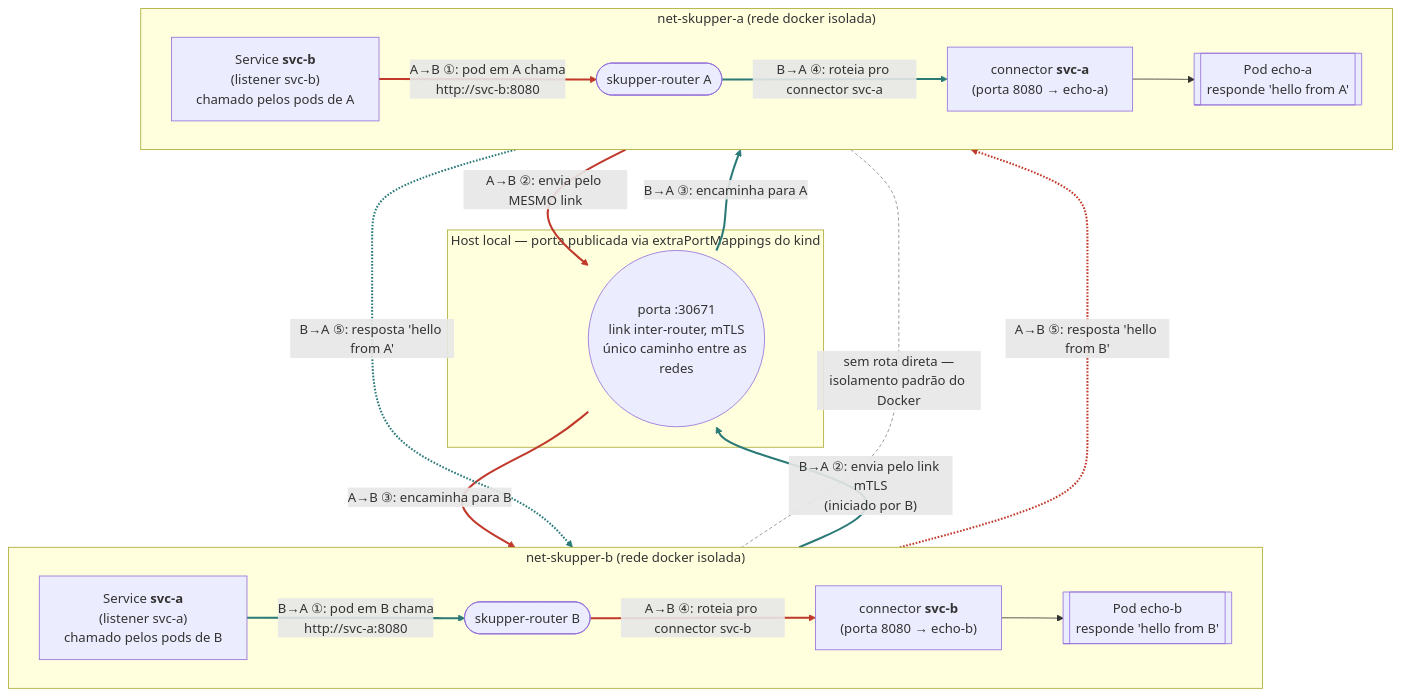
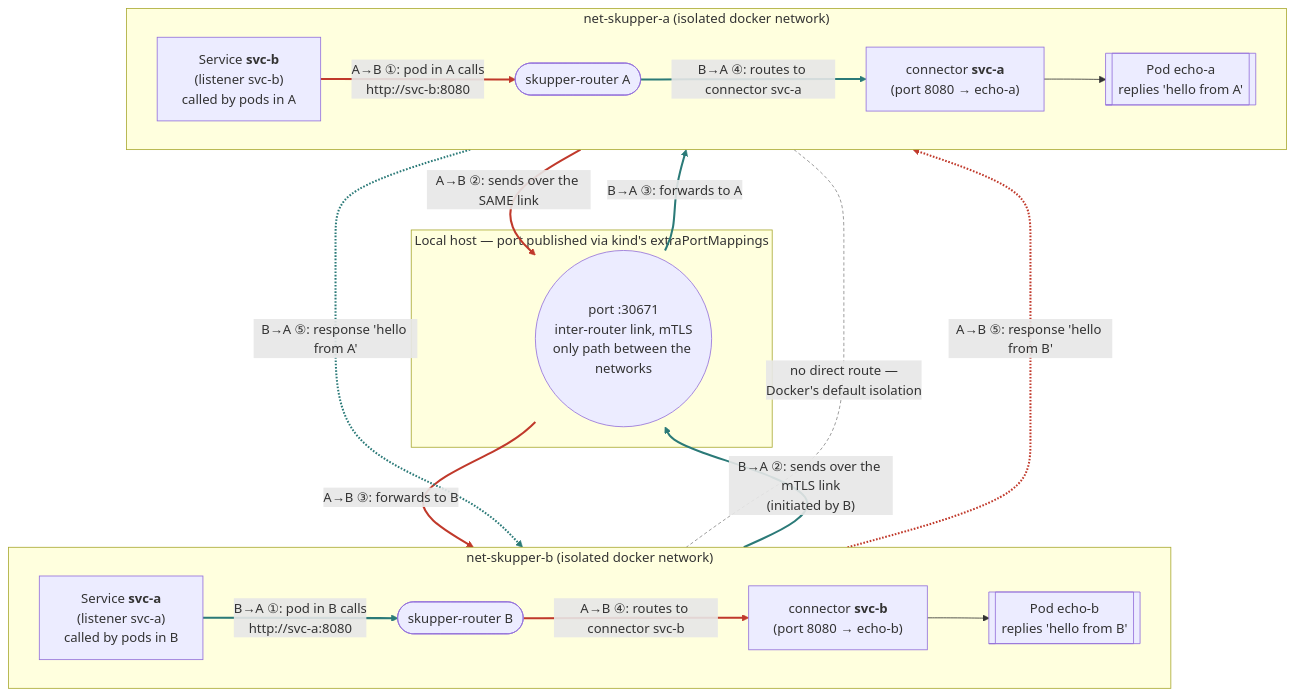
Before and after one commit to ericogr/poc-skupper: the diagram in README.md, drawn with Mermaid. The commit also changed other lines of this file and 3 other files, not shown here.

First line of the commit message:
docs: adiciona versoes em ingles de README e ARCHITECTURE, PT-BR vira traducao

````diff
--- a/README.md
+++ b/README.md
@@ -30,42 +34,42 @@
 ```mermaid
 flowchart TB
-    subgraph NETB["net-skupper-b (rede docker isolada)"]
+    subgraph NETB["net-skupper-b (isolated docker network)"]
         direction LR
-        listA["Service <b>svc-a</b><br/>(listener svc-a)<br/>chamado pelos pods de B"]
+        listA["Service <b>svc-a</b><br/>(listener svc-a)<br/>called by pods in B"]
         routerB(["skupper-router B"])
-        connB["connector <b>svc-b</b><br/>(porta 8080 → echo-b)"]
-        echoB[["Pod echo-b<br/>responde 'hello from B'"]]
+        connB["connector <b>svc-b</b><br/>(port 8080 → echo-b)"]
+        echoB[["Pod echo-b<br/>replies 'hello from B'"]]
         connB --> echoB
     end
 
-    subgraph HOST["Host local — porta publicada via extraPortMappings do kind"]
-        PORT1(("porta :30671<br/>link inter-router, mTLS<br/>único caminho entre as redes"))
+    subgraph HOST["Local host — port published via kind's extraPortMappings"]
+        PORT1(("port :30671<br/>inter-router link, mTLS<br/>only path between the networks"))
     end
 
-    subgraph NETA["net-skupper-a (rede docker isolada)"]
+    subgraph NETA["net-skupper-a (isolated docker network)"]
         direction LR
-        listB["Service <b>svc-b</b><br/>(listener svc-b)<br/>chamado pelos pods de A"]
+        listB["Service <b>svc-b</b><br/>(listener svc-b)<br/>called by pods in A"]
         routerA(["skupper-router A"])
-        connA["connector <b>svc-a</b><br/>(porta 8080 → echo-a)"]
-        echoA[["Pod echo-a<br/>responde 'hello from A'"]]
+        connA["connector <b>svc-a</b><br/>(port 8080 → echo-a)"]
+        echoA[["Pod echo-a<br/>replies 'hello from A'"]]
         connA --> echoA
     end
 
-    listA == "B→A ①: pod em B chama<br/>http://svc-a:8080" ==> routerB
-    routerB == "B→A ②: envia pelo link mTLS<br/>(iniciado por B)" ==> PORT1
-    PORT1 == "B→A ③: encaminha para A" ==> routerA
-    routerA == "B→A ④: roteia pro connector svc-a" ==> connA
-    connA -.->|"B→A ⑤: resposta 'hello from A'"| listA
+    listA == "B→A ①: pod in B calls<br/>http://svc-a:8080" ==> routerB
+    routerB == "B→A ②: sends over the mTLS link<br/>(initiated by B)" ==> PORT1
+    PORT1 == "B→A ③: forwards to A" ==> routerA
+    routerA == "B→A ④: routes to connector svc-a" ==> connA
+    connA -.->|"B→A ⑤: response 'hello from A'"| listA
 
-    listB == "A→B ①: pod em A chama<br/>http://svc-b:8080" ==> routerA
-    routerA == "A→B ②: envia pelo MESMO link" ==> PORT1
-    PORT1 == "A→B ③: encaminha para B" ==> routerB
-    routerB == "A→B ④: roteia pro connector svc-b" ==> connB
-    connB -.->|"A→B ⑤: resposta 'hello from B'"| listB
+    listB == "A→B ①: pod in A calls<br/>http://svc-b:8080" ==> routerA
+    routerA == "A→B ②: sends over the SAME link" ==> PORT1
+    PORT1 == "A→B ③: forwards to B" ==> routerB
+    routerB == "A→B ④: routes to connector svc-b" ==> connB
+    connB -.->|"A→B ⑤: response 'hello from B'"| listB
 
-    NETA -.-|"sem rota direta —<br/>isolamento padrão do Docker"| NETB
+    NETA -.-|"no direct route —<br/>Docker's default isolation"| NETB
 
     linkStyle 2,3,4,5,6 stroke:#2b7a78,stroke-width:2.5px
     linkStyle 7,8,9,10,11 stroke:#c0392b,stroke-width:2.5px
     linkStyle 12 stroke:#888888,stroke-width:1px,stroke-dasharray:4 3
 ```
````
